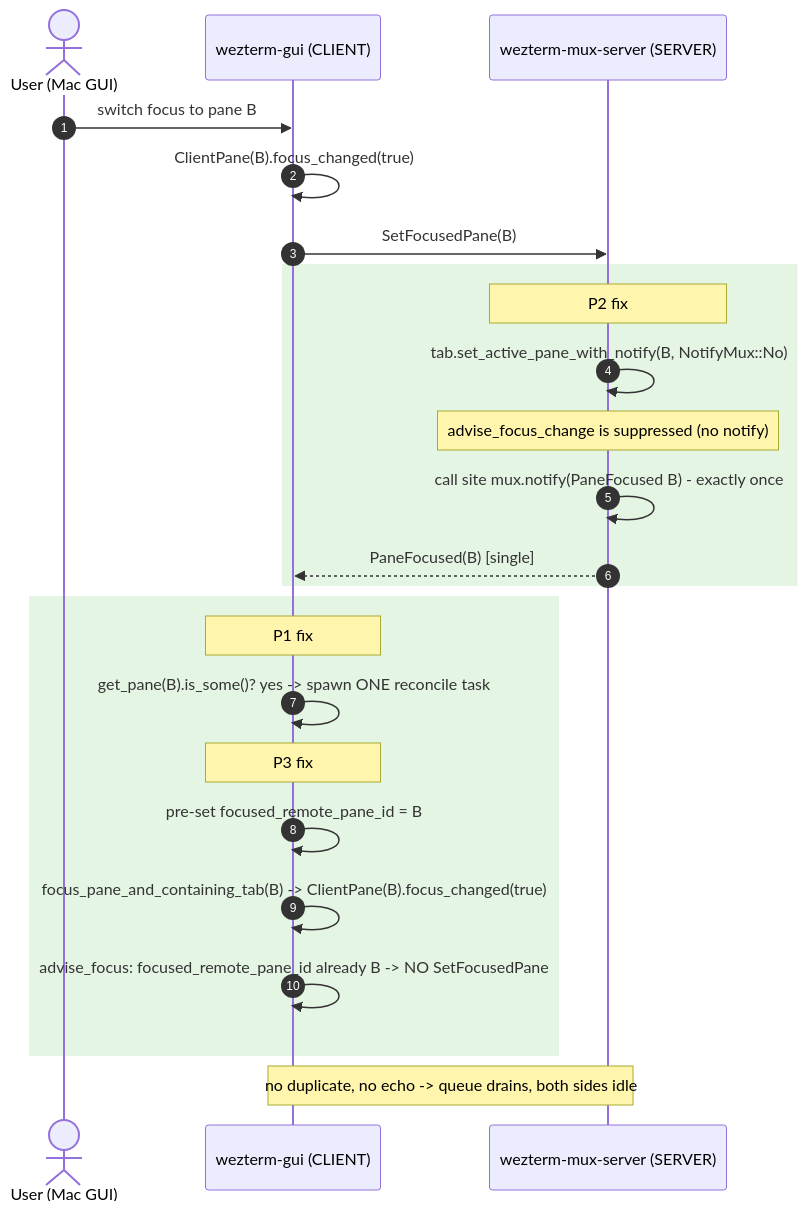
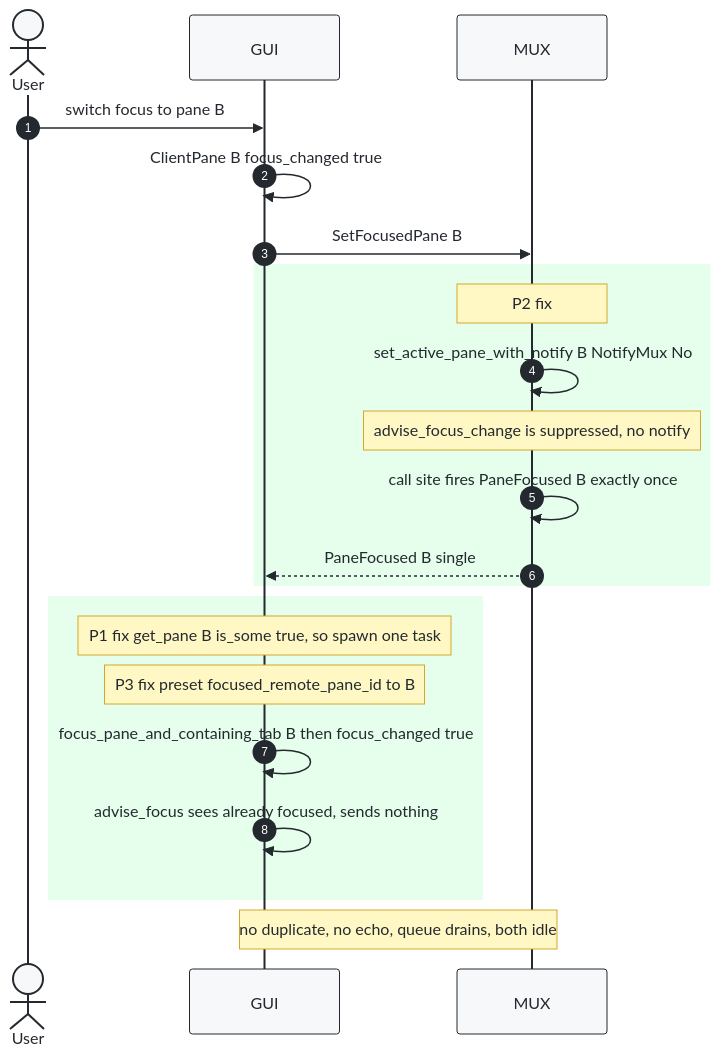
One commit to ankitson/wezterm changed the third of 4 diagrams in investigations/sshmux-panefocused-storm/DIAGRAMS.md. Above: the diagram before and after it, drawn with Mermaid. The commit also changed other lines of this file, not shown here.

First line of the commit message:
docs: fix PaneFocused diagrams - mermaid parse error + readable theme

````diff
--- a/investigations/sshmux-panefocused-storm/DIAGRAMS.md
+++ b/investigations/sshmux-panefocused-storm/DIAGRAMS.md
@@ -98,30 +97,26 @@
 ```mermaid
+%%{init: {'theme':'base','themeVariables':{'background':'#ffffff','primaryColor':'#f6f8fa','primaryTextColor':'#24292f','primaryBorderColor':'#24292f','lineColor':'#24292f','actorBkg':'#f6f8fa','actorBorder':'#24292f','actorTextColor':'#24292f','signalColor':'#24292f','signalTextColor':'#24292f','noteBkgColor':'#fff8c5','noteTextColor':'#24292f','noteBorderColor':'#d4a72c','loopTextColor':'#24292f','labelBoxBkgColor':'#f6f8fa','labelTextColor':'#24292f','sequenceNumberColor':'#ffffff'}}}%%
 sequenceDiagram
     autonumber
-    actor U as User (Mac GUI)
-    participant G as wezterm-gui (CLIENT)
-    participant S as wezterm-mux-server (SERVER)
+    actor U as User
+    participant G as GUI
+    participant S as MUX
 
     U->>G: switch focus to pane B
-    G->>G: ClientPane(B).focus_changed(true)
-    G->>S: SetFocusedPane(B)
-
-    rect rgb(228,245,228)
+    G->>G: ClientPane B focus_changed true
+    G->>S: SetFocusedPane B
+    rect rgb(230,255,236)
     Note over S: P2 fix
-    S->>S: tab.set_active_pane_with_notify(B, NotifyMux::No)
-    Note over S: advise_focus_change is suppressed (no notify)
-    S->>S: call site mux.notify(PaneFocused B) - exactly once
-    S-->>G: PaneFocused(B) [single]
+    S->>S: set_active_pane_with_notify B NotifyMux No
+    Note over S: advise_focus_change is suppressed, no notify
+    S->>S: call site fires PaneFocused B exactly once
+    S-->>G: PaneFocused B single
     end
-
-    rect rgb(228,245,228)
-    Note over G: P1 fix
-    G->>G: get_pane(B).is_some()? yes -> spawn ONE reconcile task
-    Note over G: P3 fix
-    G->>G: pre-set focused_remote_pane_id = B
-    G->>G: focus_pane_and_containing_tab(B) -> ClientPane(B).focus_changed(true)
-    G->>G: advise_focus: focused_remote_pane_id already B -> NO SetFocusedPane
+    rect rgb(230,255,236)
+    Note over G: P1 fix get_pane B is_some true, so spawn one task
+    Note over G: P3 fix preset focused_remote_pane_id to B
+    G->>G: focus_pane_and_containing_tab B then focus_changed true
+    G->>G: advise_focus sees already focused, sends nothing
     end
-
-    Note over G,S: no duplicate, no echo -> queue drains, both sides idle
+    Note over G,S: no duplicate, no echo, queue drains, both idle
 ```
````
